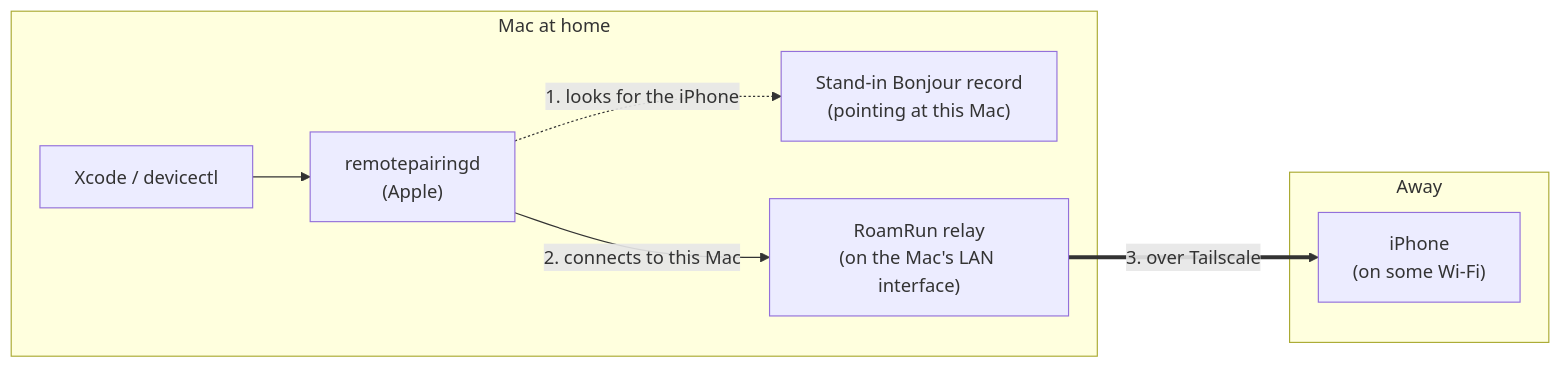
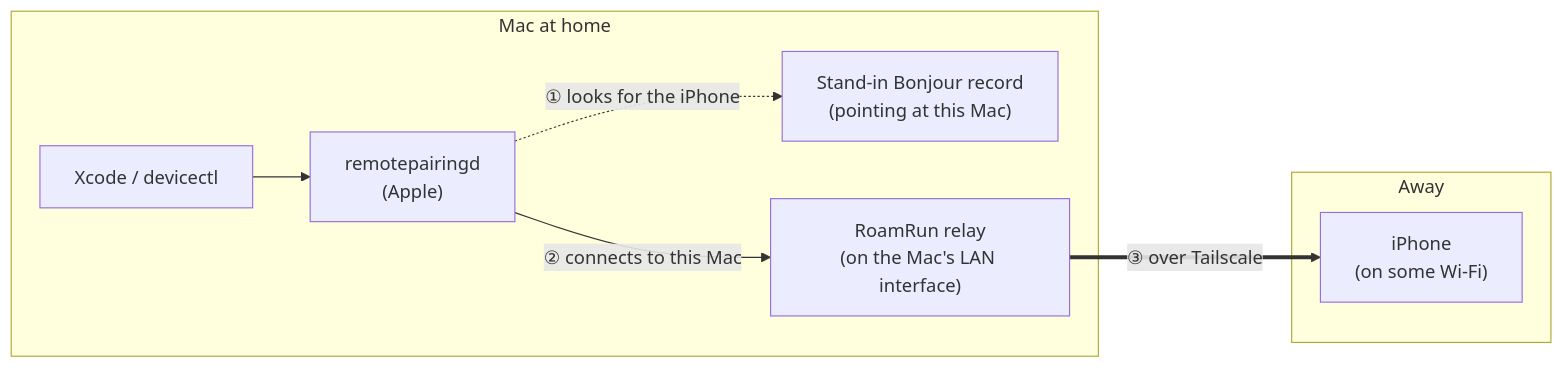
The diagram in README.md (mh-mobile/RoamRun), drawn with Mermaid before and after one commit. The commit also changed other lines of this file and 3 other files, not shown here.

````diff
--- a/README.md
+++ b/README.md
@@ -45,14 +45,14 @@
 ```mermaid
 flowchart LR
   subgraph mac["Mac at home"]
     xcode["Xcode / devicectl"] --> rpd["remotepairingd<br/>(Apple)"]
     fake["Stand-in Bonjour record<br/>(pointing at this Mac)"]
     relay["RoamRun relay<br/>(on the Mac's LAN interface)"]
   end
   subgraph away["Away"]
     iphone["iPhone<br/>(on some Wi-Fi)"]
   end
-  rpd -. "1. looks for the iPhone" .-> fake
-  rpd -- "2. connects to this Mac" --> relay
-  relay == "3. over Tailscale" ==> iphone
+  rpd -. "① looks for the iPhone" .-> fake
+  rpd -- "② connects to this Mac" --> relay
+  relay == "③ over Tailscale" ==> iphone
 ```
````
